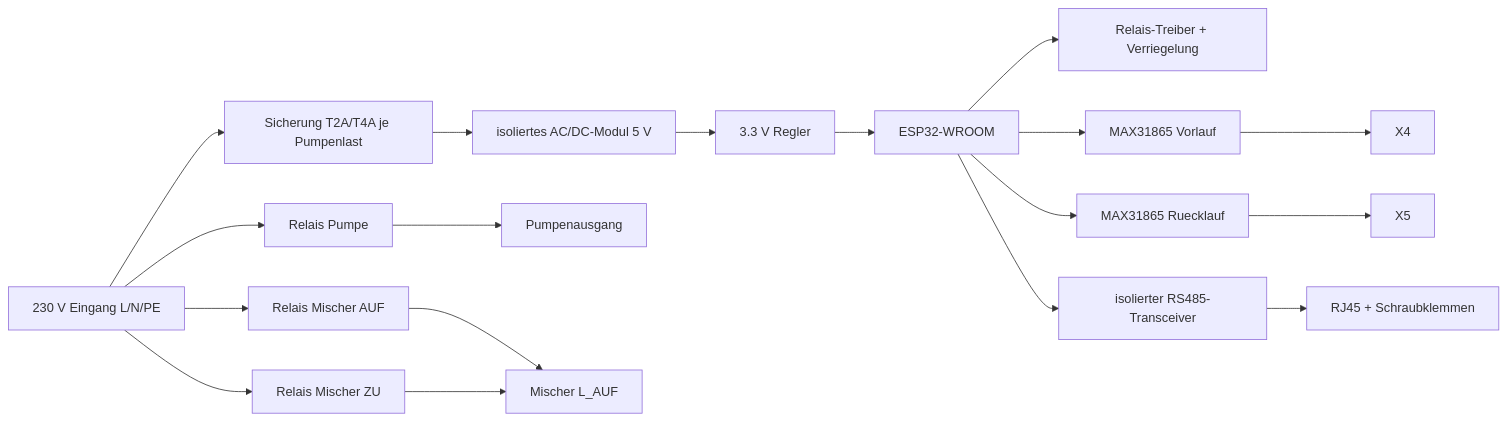
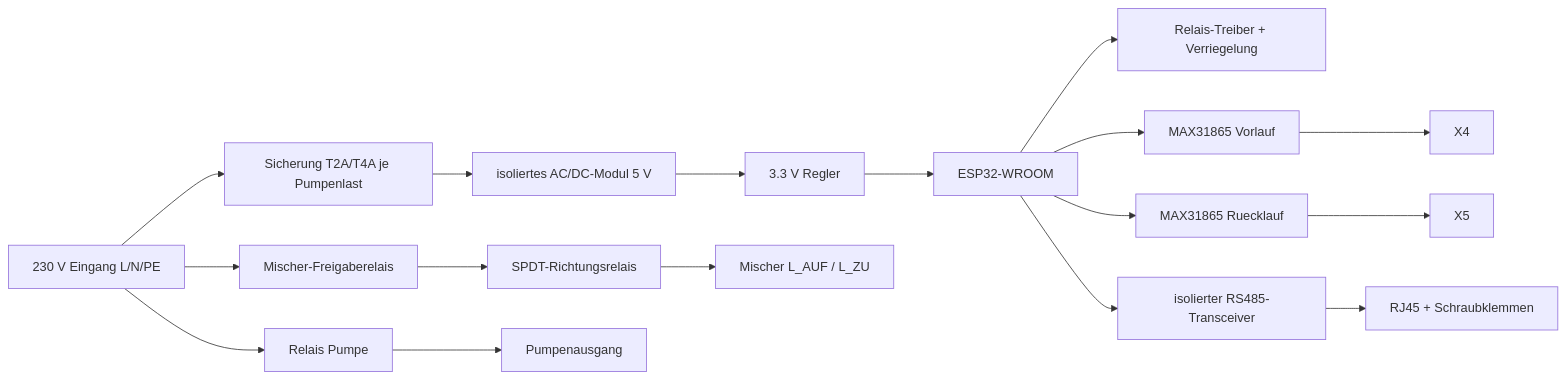
Before and after one commit to freezweb/de.freezweb.heizungssteuerung: the diagram in docs/pumpengruppe-rs485-platine.md, drawn with Mermaid. The commit also changed other lines of this file and 31 other files, not shown here.

````diff
--- a/docs/pumpengruppe-rs485-platine.md
+++ b/docs/pumpengruppe-rs485-platine.md
@@ -60,23 +65,22 @@
 ```mermaid
 flowchart LR
     X1[230 V Eingang L/N/PE] --> F1[Sicherung T2A/T4A je Pumpenlast]
     F1 --> PSU[isoliertes AC/DC-Modul 5 V]
     PSU --> REG[3.3 V Regler]
     REG --> ESP[ESP32-WROOM]
 
     X1 --> RELP[Relais Pumpe]
-    X1 --> RELA[Relais Mischer AUF]
-    X1 --> RELZ[Relais Mischer ZU]
+    X1 --> RELM[Mischer-Freigaberelais]
+    RELM --> RELD[SPDT-Richtungsrelais]
     RELP --> X2[Pumpenausgang]
-    RELA --> X3[Mischer L_AUF]
-    RELZ --> X3
+    RELD --> X3[Mischer L_AUF / L_ZU]
 
     ESP --> DRV[Relais-Treiber + Verriegelung]
     ESP --> RTD1[MAX31865 Vorlauf]
     ESP --> RTD2[MAX31865 Ruecklauf]
     RTD1 --> X4
     RTD2 --> X5
 
     ESP --> ISO485[isolierter RS485-Transceiver]
     ISO485 --> BUS[RJ45 + Schraubklemmen]
 ```
````
